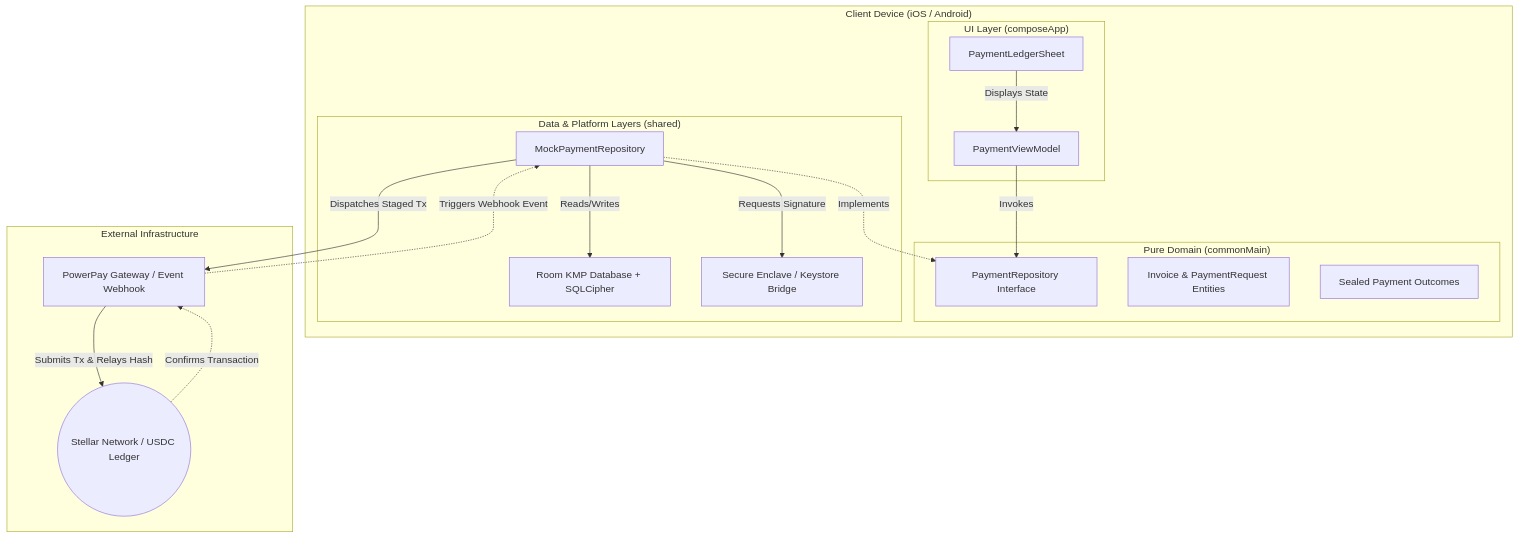
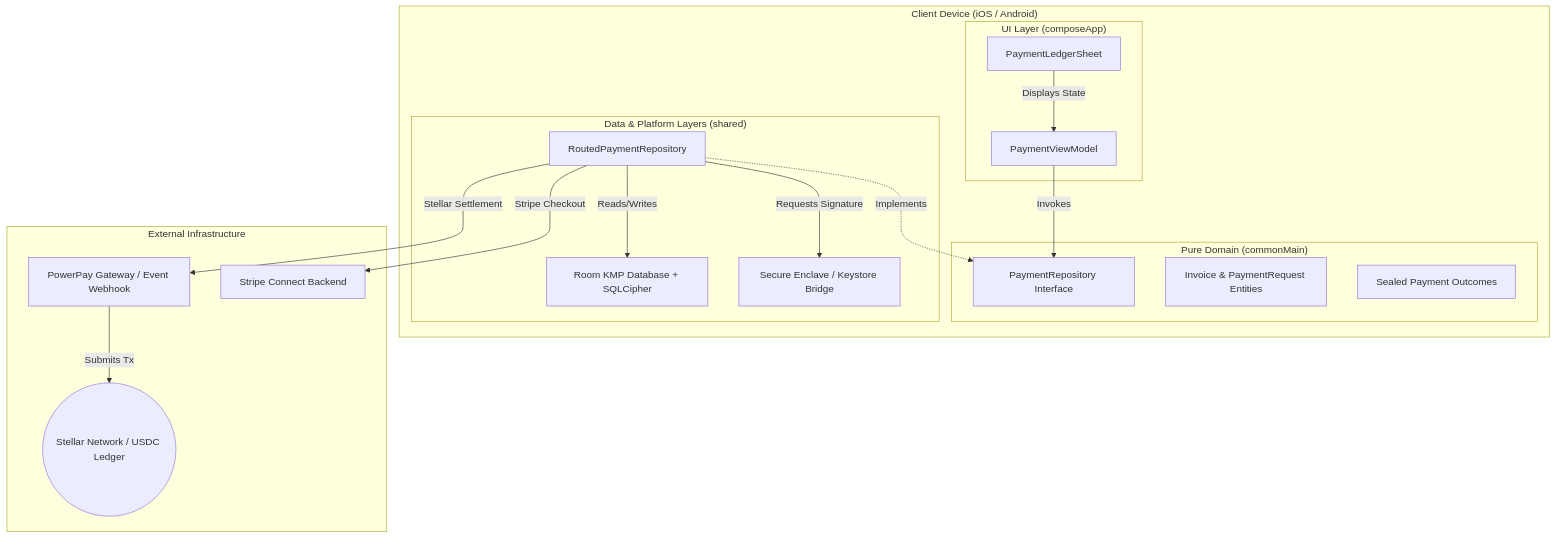
Before and after one commit to justin1028c/Invoice-Hammer: the diagram in README.md, drawn with Mermaid. The commit also changed other lines of this file and 1 other file, not shown here.

````diff
--- a/README.md
+++ b/README.md
@@ -31,33 +32,33 @@
 ```mermaid
 graph TD
     subgraph clientDevice ["Client Device (iOS / Android)"]
         subgraph uiLayer ["UI Layer (composeApp)"]
             VM[PaymentViewModel]
             UI[PaymentLedgerSheet]
         end
         subgraph pureDomain ["Pure Domain (commonMain)"]
             RepoContract["PaymentRepository Interface"]
             Entities["Invoice & PaymentRequest Entities"]
             Outcomes["Sealed Payment Outcomes"]
         end
         subgraph dataPlatform ["Data & Platform Layers (shared)"]
-            RepoImpl[MockPaymentRepository]
+            RepoImpl[RoutedPaymentRepository]
             DB["Room KMP Database + SQLCipher"]
             Enclave["Secure Enclave / Keystore Bridge"]
         end
     end
     subgraph externalInfra ["External Infrastructure"]
         PP["PowerPay Gateway / Event Webhook"]
+        Stripe["Stripe Connect Backend"]
         Stellar(("Stellar Network / USDC Ledger"))
     end
 
     UI -->|Displays State| VM
     VM -->|Invokes| RepoContract
     RepoImpl -.->|Implements| RepoContract
     RepoImpl -->|Reads/Writes| DB
     RepoImpl -->|Requests Signature| Enclave
-    RepoImpl -->|Dispatches Staged Tx| PP
-    PP -->|Submits Tx & Relays Hash| Stellar
-    Stellar -.->|Confirms Transaction| PP
-    PP -.->|Triggers Webhook Event| RepoImpl
+    RepoImpl -->|Stripe Checkout| Stripe
+    RepoImpl -->|Stellar Settlement| PP
+    PP -->|Submits Tx| Stellar
 ```
````
